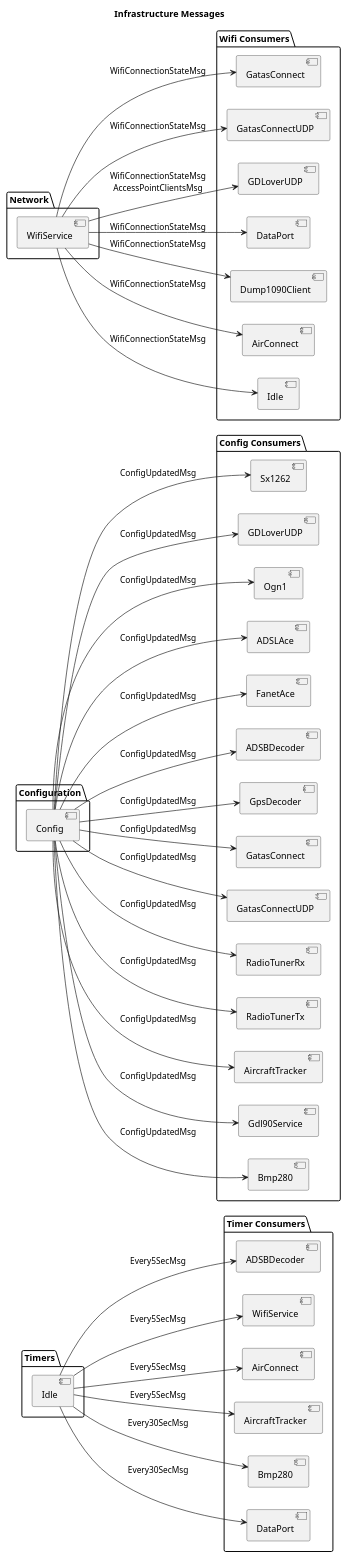
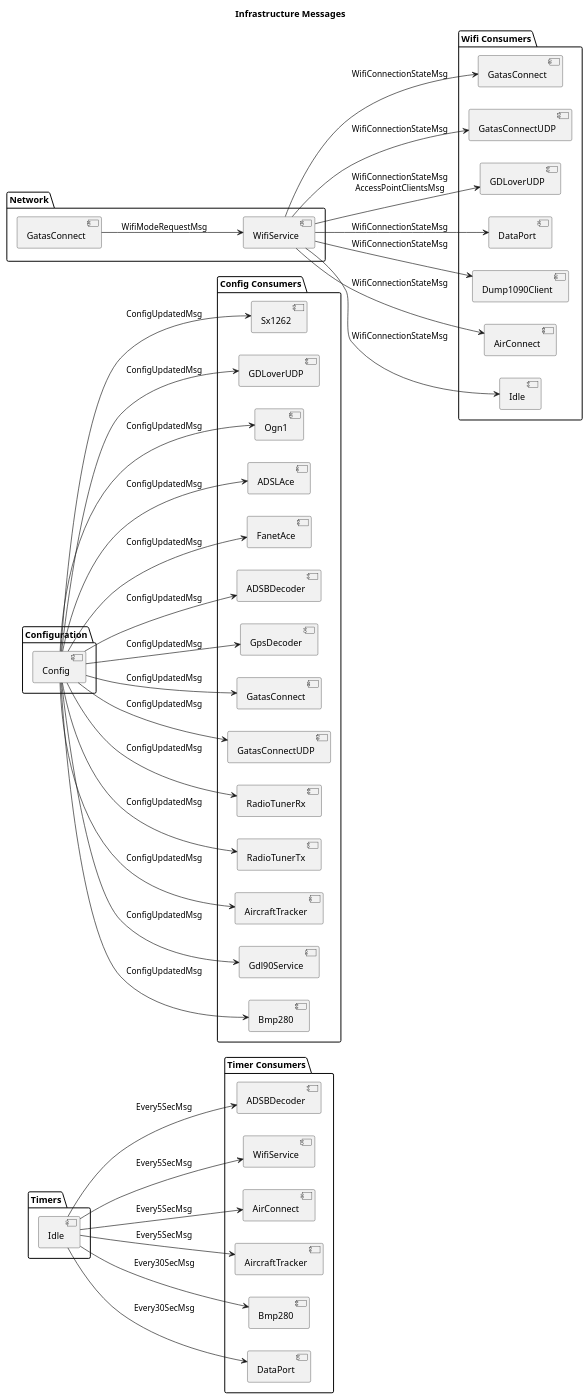
One commit to Duke306/openace changed the seventh of 7 diagrams in doc/message-bus.md. Above: the diagram before and after it, drawn with PlantUML. The commit also changed other lines of this file and 15 other files, not shown here.

```diff
--- a/doc/message-bus.md
+++ b/doc/message-bus.md
@@ -354,6 +354,7 @@
 
 package "Network" {
     [WifiService]
+    [GatasConnect] as GC4
 }
 
 package "Timer Consumers" {
@@ -414,6 +415,7 @@
 [Config] --> [Gdl90Service] : ConfigUpdatedMsg
 [Config] --> [BMP2] : ConfigUpdatedMsg
 
+[GC4] --> [WifiService] : WifiModeRequestMsg
 [WifiService] --> [GC3] : WifiConnectionStateMsg
 [WifiService] --> [GU2] : WifiConnectionStateMsg
 [WifiService] --> [GO2] : WifiConnectionStateMsg\nAccessPointClientsMsg
```
